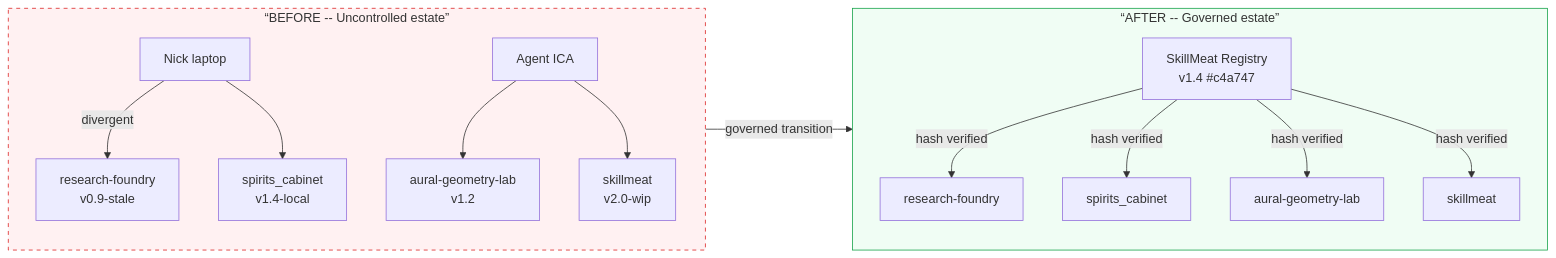
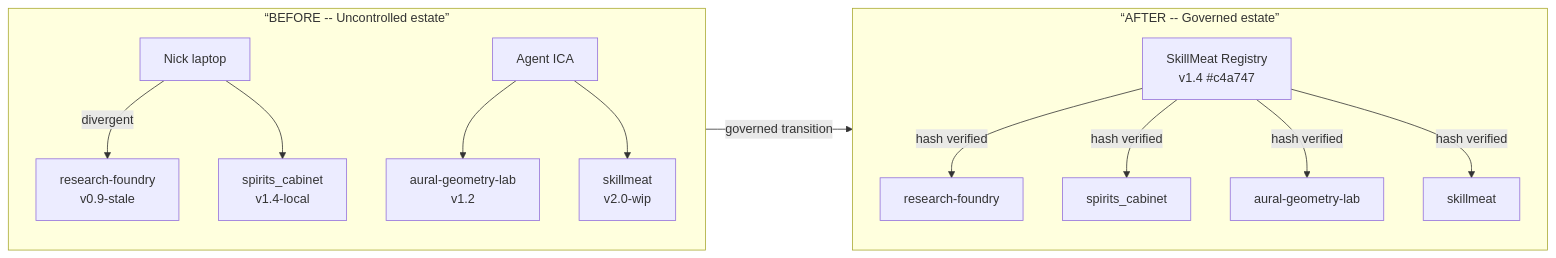
One commit to miethe/signal_to_system changed the third of 3 diagrams in docs/design/imagery/essay-storyboards-v1/the-registry-wave-agentic-artifact-supply-chain.md. Above: the diagram before and after it, drawn with Mermaid. The commit also changed other lines of this file and 10 other files, not shown here.

````diff
--- a/docs/design/imagery/essay-storyboards-v1/the-registry-wave-agentic-artifact-supply-chain.md
+++ b/docs/design/imagery/essay-storyboards-v1/the-registry-wave-agentic-artifact-supply-chain.md
@@ -266,18 +250,16 @@
 ```mermaid
 flowchart LR
   subgraph BEFORE[“BEFORE -- Uncontrolled estate”]
     N[Nick laptop] --> |divergent| ra[research-foundry\nv0.9-stale]
     N --> rb[spirits_cabinet\nv1.4-local]
     ICA[Agent ICA] --> rc[aural-geometry-lab\nv1.2]
     ICA --> rd[skillmeat\nv2.0-wip]
   end
   BEFORE -->|governed transition| AFTER
   subgraph AFTER[“AFTER -- Governed estate”]
     SM[SkillMeat Registry\nv1.4 #c4a747] -->|hash verified| ra2[research-foundry]
     SM -->|hash verified| rb2[spirits_cabinet]
     SM -->|hash verified| rc2[aural-geometry-lab]
     SM -->|hash verified| rd2[skillmeat]
   end
-  style BEFORE fill:#fff1f2,stroke:#dc2626,stroke-dasharray:5
-  style AFTER fill:#f0fdf4,stroke:#16a34a
 ```
````
